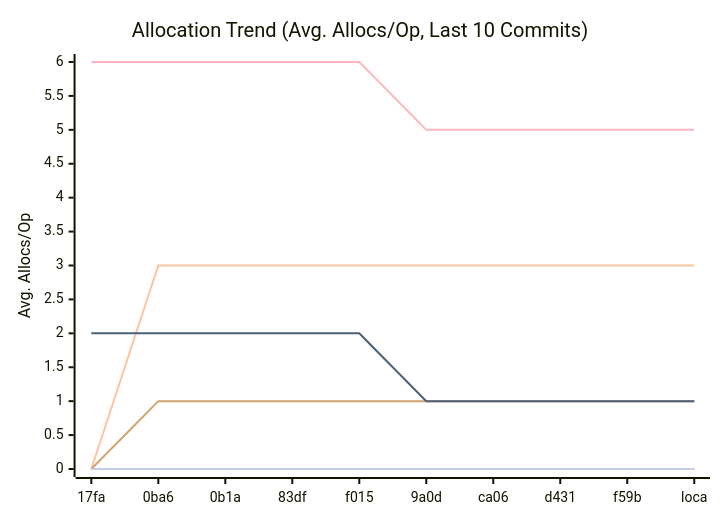
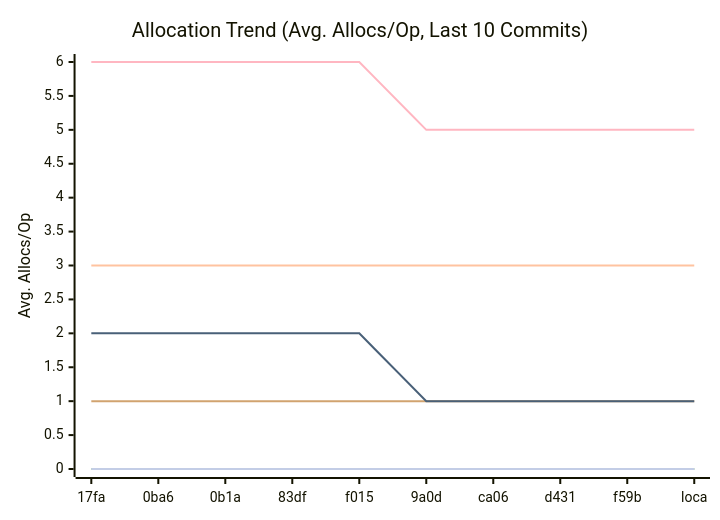
One commit to alsotoes/momo changed the third of 3 diagrams in docs/PERFORMANCE.md. Above: the diagram before and after it, drawn with Mermaid. The commit also changed other lines of this file and 2 other files, not shown here.

Commit message:
docs: correct Splay and Primary-Splay replication diagrams in ARCHITECTURE.md

````diff
--- a/docs/PERFORMANCE.md
+++ b/docs/PERFORMANCE.md
@@ -114,16 +114,16 @@
 ```mermaid
 xychart-beta
     title "Allocation Trend (Avg. Allocs/Op, Last 10 Commits)"
     x-axis "Commit"
     y-axis "Avg. Allocs/Op"
     x-axis [17fa,0ba6,0b1a,83df,f015,9a0d,ca06,d431,f59b,loca]
     line "CheckMetricsAndSwap" [0,0,0,0,0,0,0,0,0,0]
     line "CrushOptimized" [0,0,0,0,0,0,0,0,0,0]
-    line "CrushOriginal" [0,3,3,3,3,3,3,3,3,3]
+    line "CrushOriginal" [3,3,3,3,3,3,3,3,3,3]
     line "IndexDirectTracking" [0,0,0,0,0,0,0,0,0,0]
     line "IndexSearch" [0,0,0,0,0,0,0,0,0,0]
-    line "LoadGlobalConfig" [0,1,1,1,1,1,1,1,1,1]
+    line "LoadGlobalConfig" [1,1,1,1,1,1,1,1,1,1]
     line "PadString" [0,0,0,0,0,0,0,0,0,0]
     line "ParseReplicationOrder_NoPrealloc" [6,6,6,6,6,5,5,5,5,5]
     line "ParseReplicationOrder_Prealloc" [2,2,2,2,2,1,1,1,1,1]
 ```
````
